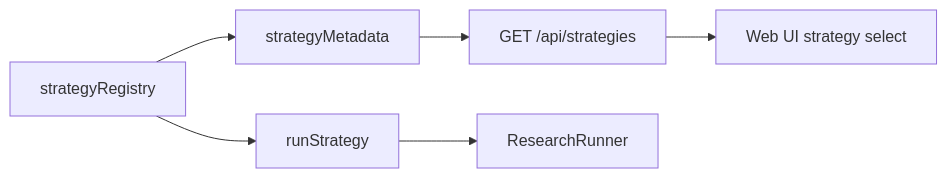
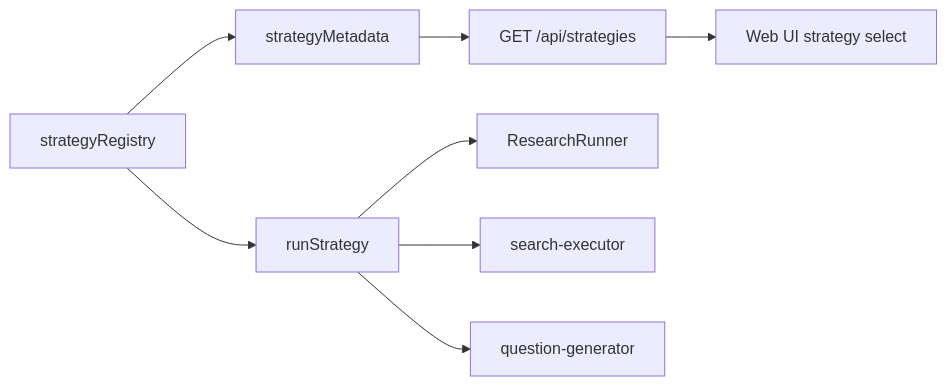
Before and after one commit to imjszhang/js-deepresearch-agent: the diagram in journal/2026-05-25/research-strategy-registry.md, drawn with Mermaid. The commit also changed other lines of this file and 10 other files, not shown here.

````diff
--- a/journal/2026-05-25/research-strategy-registry.md
+++ b/journal/2026-05-25/research-strategy-registry.md
@@ -80,8 +104,10 @@
 ```mermaid
 flowchart LR
   A[strategyRegistry] --> B[strategyMetadata]
   A --> C[runStrategy]
   B --> D[GET /api/strategies]
   D --> E[Web UI strategy select]
   C --> F[ResearchRunner]
+  C --> G[search-executor]
+  C --> H[question-generator]
 ```
````
